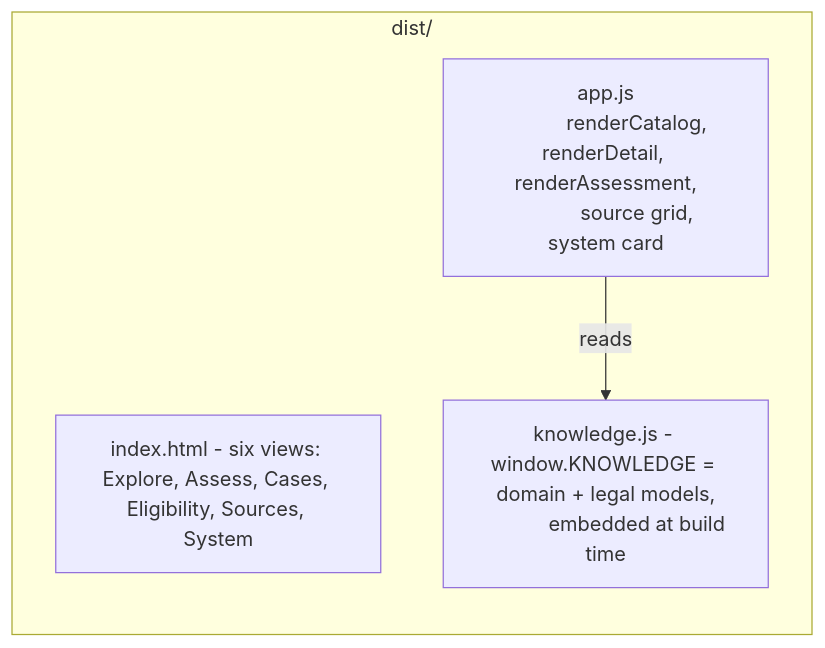
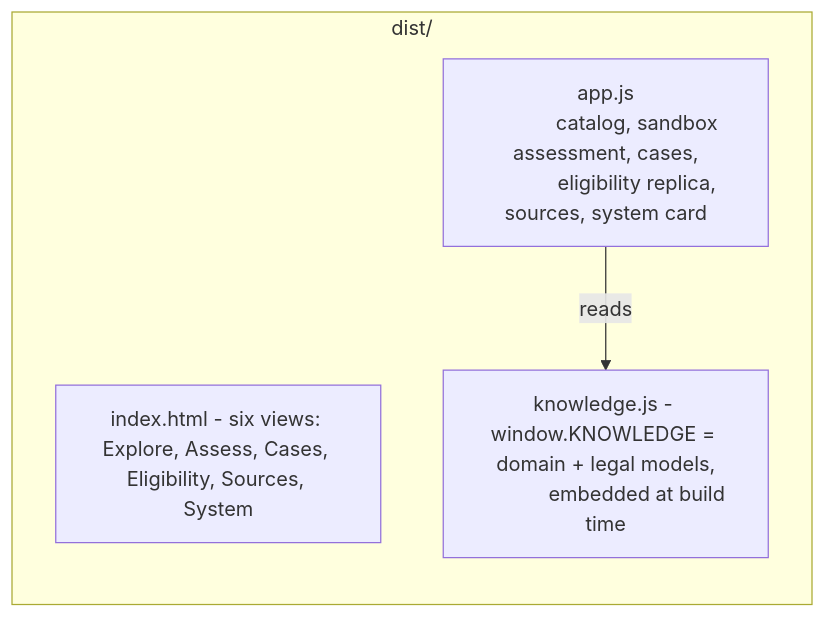
Before and after one commit to bitkojine/bitcoin-bridge-research: the fourth of 5 diagrams in docs/architecture-c4.md, drawn with Mermaid. The commit also changed other lines of this file and 1 other file, not shown here.

Commit message:
Bring C4 architecture documentation in line with reality

````diff
--- a/docs/architecture-c4.md
+++ b/docs/architecture-c4.md
@@ -140,12 +161,12 @@
 ```mermaid
 flowchart LR
     subgraph WEB["dist/"]
         idx["index.html - six views: Explore, Assess, Cases, Eligibility, Sources, System"]
         app["app.js
-            renderCatalog, renderDetail, renderAssessment,
-            source grid, system card"]
+            catalog, sandbox assessment, cases,
+            eligibility replica, sources, system card"]
         kb["knowledge.js - window.KNOWLEDGE = domain + legal models,
             embedded at build time"]
     end
     app -->|reads| kb
 ```
````
